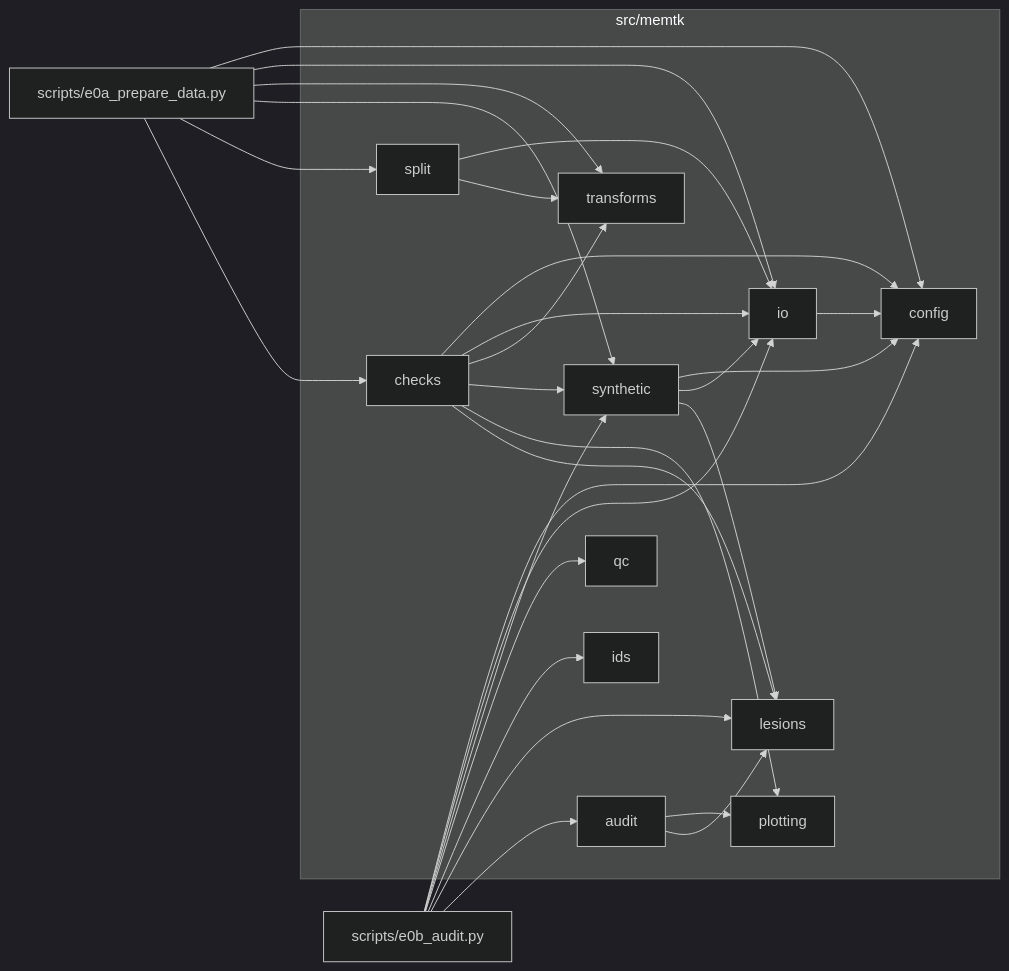
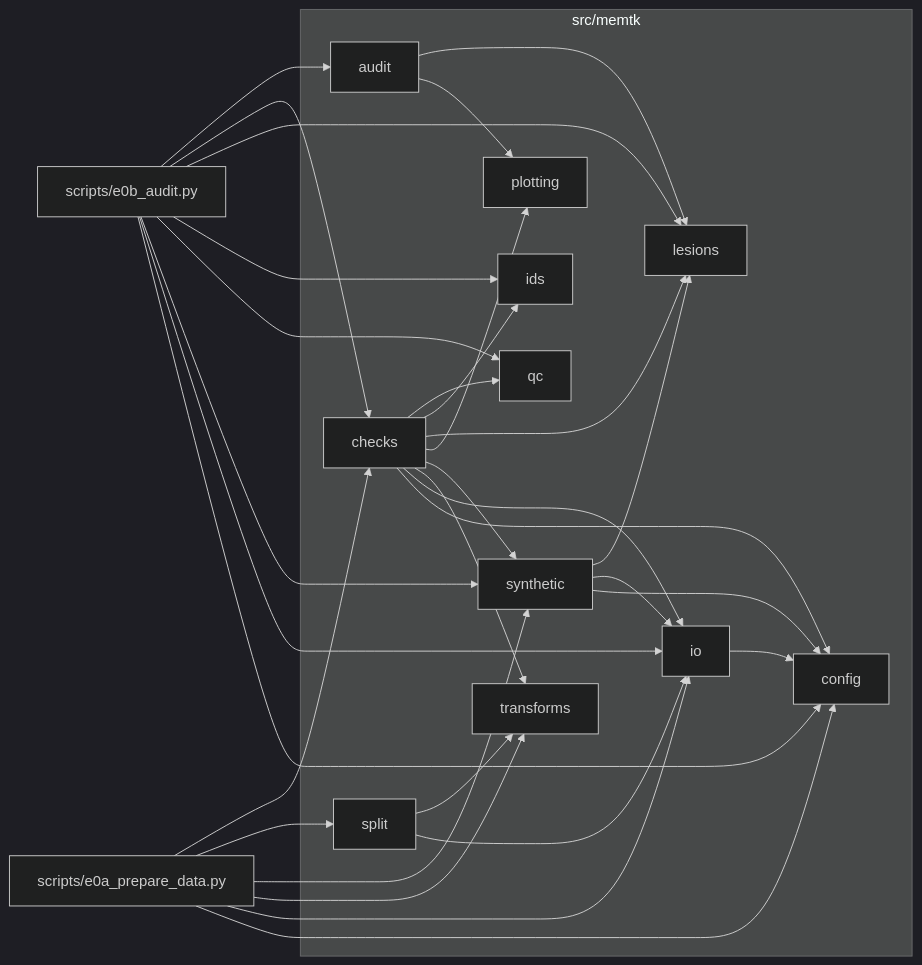
The second of 2 diagrams in docs/architecture.md (mattia3003/MT_project), drawn with Mermaid (dark theme) before and after one commit. The commit also changed other lines of this file and 8 other files, not shown here.

````diff
--- a/docs/architecture.md
+++ b/docs/architecture.md
@@ -121,27 +121,27 @@
 ```mermaid
 flowchart LR
     S_E0A["scripts/e0a_prepare_data.py"]
     S_E0B["scripts/e0b_audit.py"]
 
     subgraph MEMTK["src/memtk"]
         M_CHECKS["checks"]
         M_AUDIT["audit"]
         M_SPLIT["split"]
         M_SYN["synthetic"]
         M_PLOT["plotting"]
         M_LESIONS["lesions"]
         M_IDS["ids"]
         M_QC["qc"]
         M_TRANSFORMS["transforms"]
         M_IO["io"]
         M_CONFIG["config"]
     end
 
     S_E0A --> M_CHECKS & M_SPLIT & M_SYN & M_TRANSFORMS & M_IO & M_CONFIG
-    S_E0B --> M_AUDIT & M_LESIONS & M_IDS & M_QC & M_SYN & M_IO & M_CONFIG
-    M_CHECKS --> M_LESIONS & M_PLOT & M_SYN & M_TRANSFORMS & M_IO & M_CONFIG
+    S_E0B --> M_AUDIT & M_CHECKS & M_LESIONS & M_IDS & M_QC & M_SYN & M_IO & M_CONFIG
+    M_CHECKS --> M_QC & M_IDS & M_LESIONS & M_PLOT & M_SYN & M_TRANSFORMS & M_IO & M_CONFIG
     M_AUDIT --> M_LESIONS & M_PLOT
     M_SPLIT --> M_TRANSFORMS & M_IO
     M_SYN --> M_LESIONS & M_IO & M_CONFIG
     M_IO --> M_CONFIG
 ```
````
